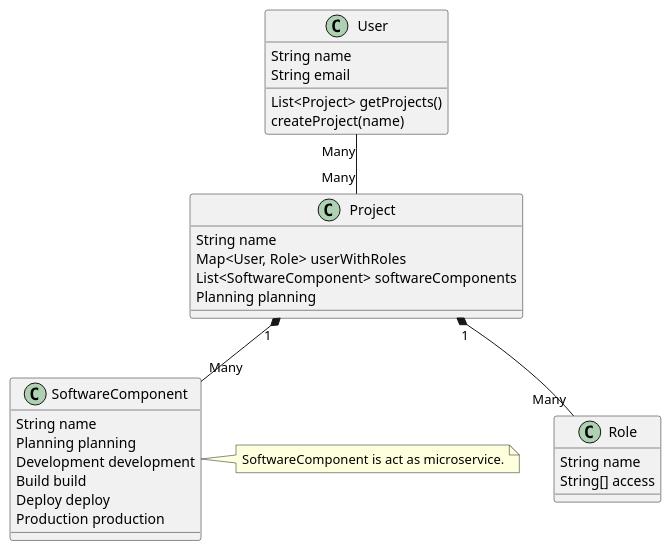
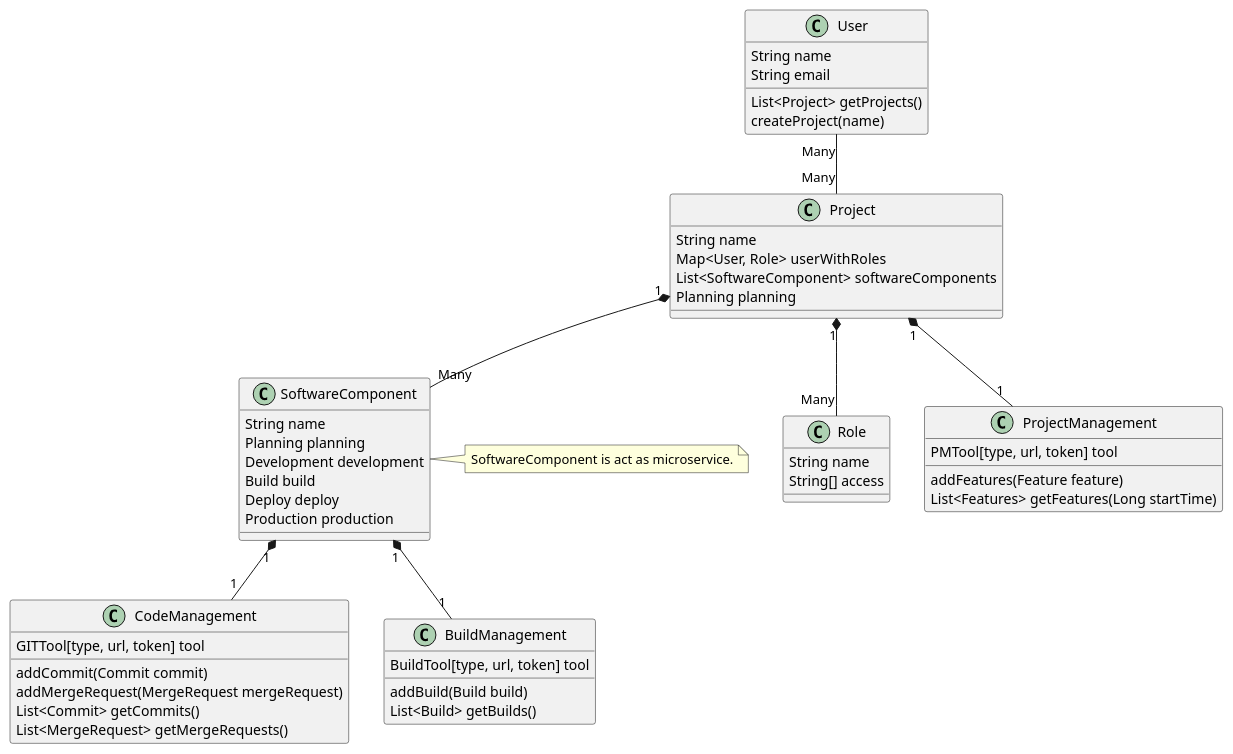
Before and after one commit to Hemdaal/Hemdaal: the diagram in class_diagram.puml, drawn with PlantUML. The commit also changed 3 other files, not shown here.

Commit message:
edited uml diagram

```diff
--- a/class_diagram.puml
+++ b/class_diagram.puml
@@ -1,42 +1,68 @@
 @startuml
 
 class User {
     String name
     String email
 
     List<Project> getProjects()
     createProject(name)
 }
 
 class Role {
     String name
     String[] access
 }
 
 class Project {
     String name
     Map<User, Role> userWithRoles
     List<SoftwareComponent> softwareComponents
     Planning planning
 }
 
 Project "1" *-- "Many" Role
 User "Many" -- "Many" Project
 
+
+class ProjectManagement {
+    PMTool[type, url, token] tool
+    addFeatures(Feature feature)
+    List<Features> getFeatures(Long startTime)
+}
+
+Project "1" *-- "1" ProjectManagement
+
 class SoftwareComponent {
     String name
     Planning planning
     Development development
     Build build
     Deploy deploy
     Production production
 }
 
 note right of SoftwareComponent
     SoftwareComponent is act as microservice.
 end note
 
 Project "1" *-- "Many" SoftwareComponent
 
+class CodeManagement {
+    GITTool[type, url, token] tool
+    addCommit(Commit commit)
+    addMergeRequest(MergeRequest mergeRequest)
+    List<Commit> getCommits()
+    List<MergeRequest> getMergeRequests()
+}
+
+SoftwareComponent "1" *-- "1" CodeManagement
+
+class BuildManagement {
+    BuildTool[type, url, token] tool
+    addBuild(Build build)
+    List<Build> getBuilds()
+}
+
+SoftwareComponent "1" *-- "1" BuildManagement
 
 @enduml
```
